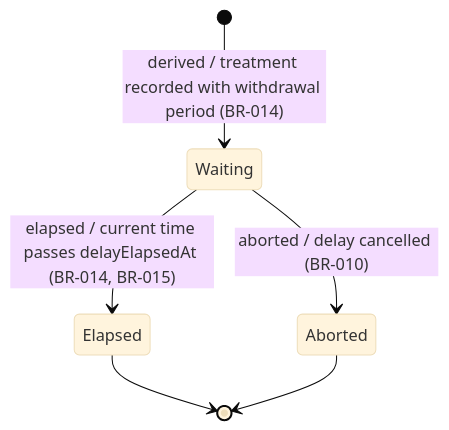
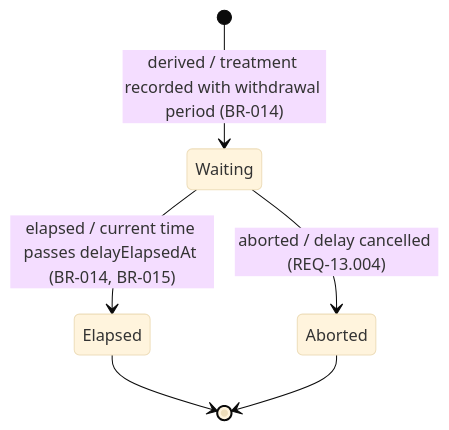
The diagram in docs/domain-model/object-model/waiting-delay-state-diagram.md (lyndametref/geep), drawn with Mermaid (base theme) before and after one commit. The commit also changed other lines of this file and 13 other files, not shown here.

````diff
--- a/docs/domain-model/object-model/waiting-delay-state-diagram.md
+++ b/docs/domain-model/object-model/waiting-delay-state-diagram.md
@@ -23,8 +23,8 @@
 ```mermaid
 stateDiagram-v2
     [*] --> Waiting : derived / treatment recorded with withdrawal period (BR-014)
     Waiting --> Elapsed : elapsed / current time passes delayElapsedAt (BR-014, BR-015)
-    Waiting --> Aborted : aborted / delay cancelled (BR-010)
+    Waiting --> Aborted : aborted / delay cancelled (REQ-13.004)
     Elapsed --> [*]
     Aborted --> [*]
 ```
````
